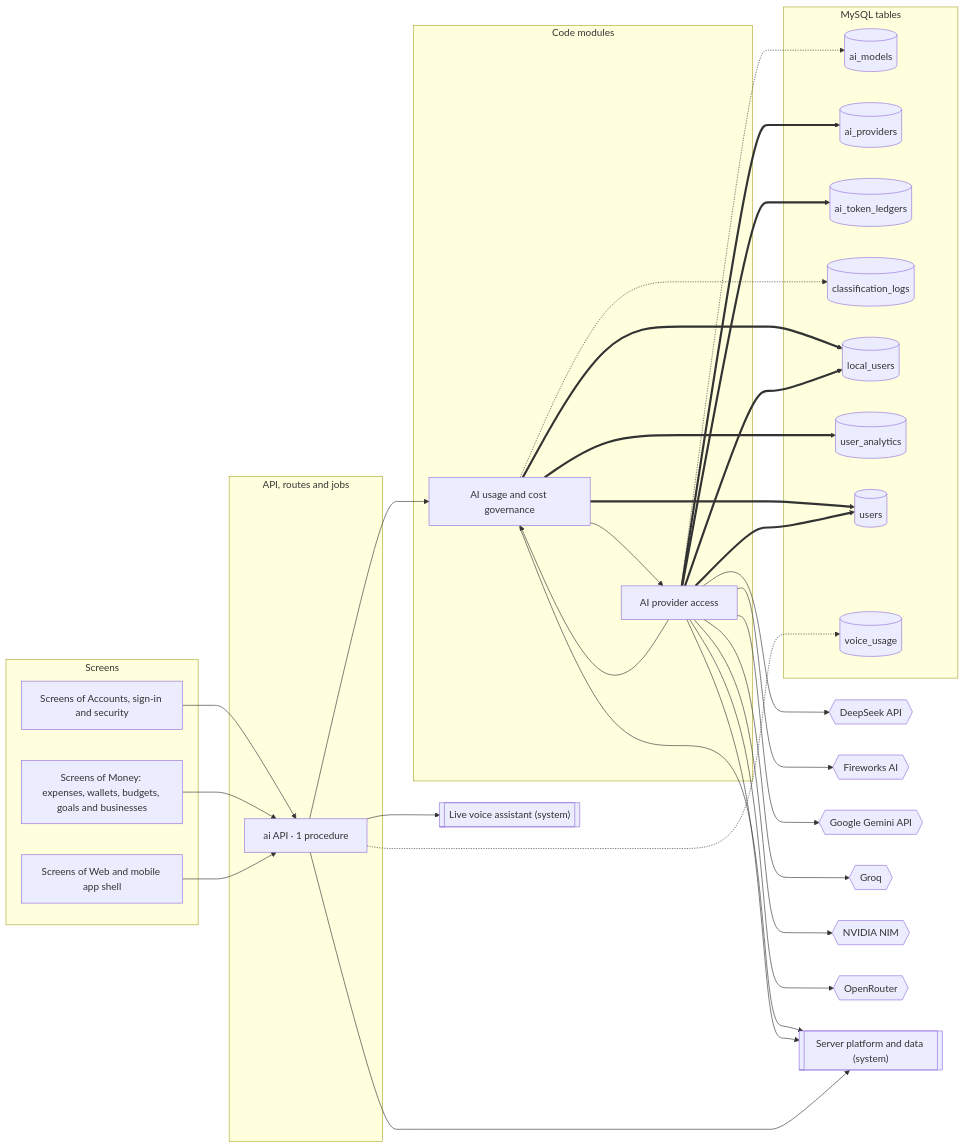
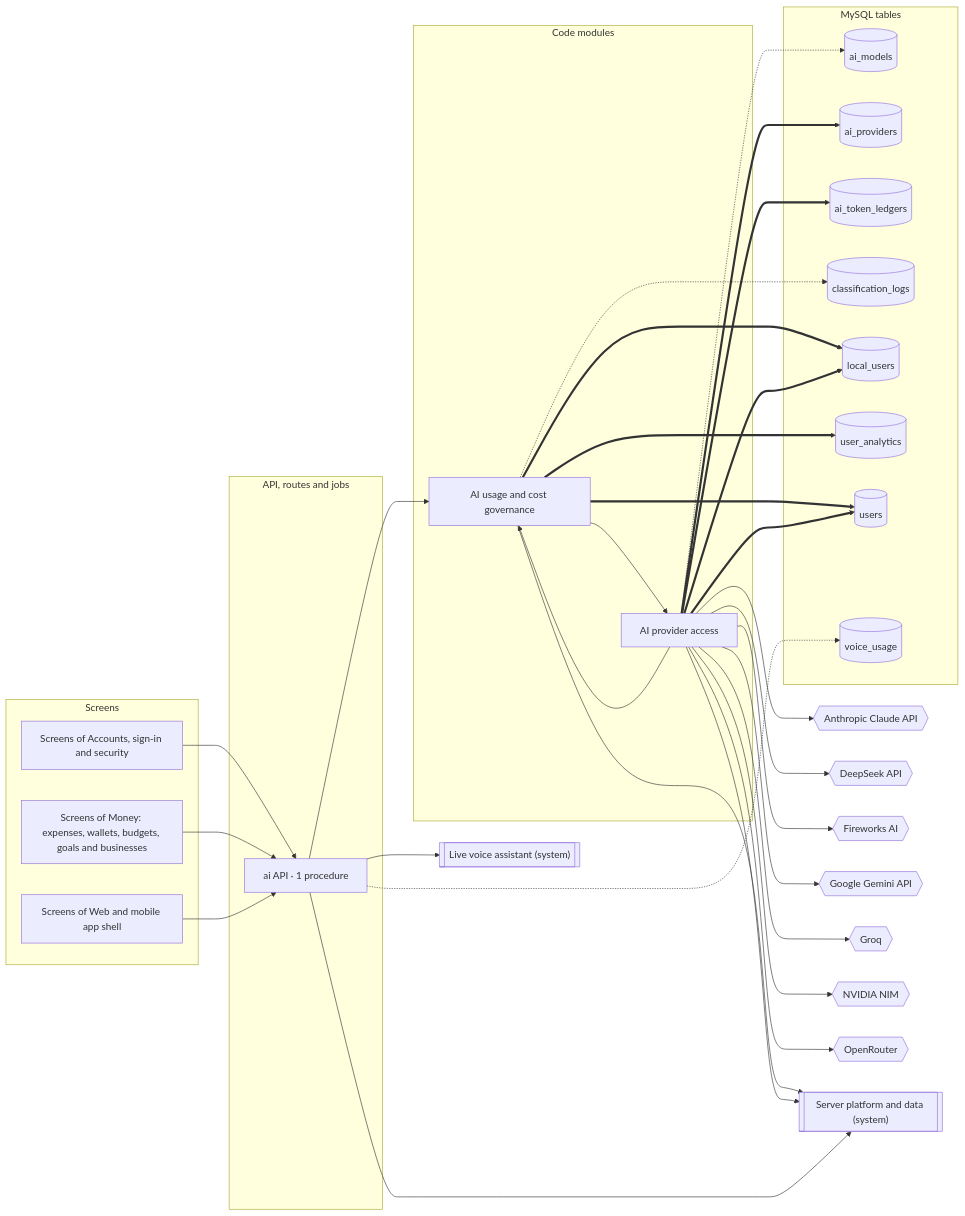
Before and after one commit to mahmoudtaherr111/smartspend_mini_all: the diagram in docs/atlas/systems/ai-platform.md, drawn with Mermaid. The commit also changed other lines of this file and 53 other files, not shown here.

````diff
--- a/docs/atlas/systems/ai-platform.md
+++ b/docs/atlas/systems/ai-platform.md
@@ -13,59 +13,61 @@
 ```mermaid
 flowchart LR
   subgraph g_screens["Screens"]
     screens_accounts["Screens of Accounts, sign-in and security"]
     screens_money["Screens of Money: expenses, wallets, budgets, goals and businesses"]
     screens_web_app["Screens of Web and mobile app shell"]
   end
   subgraph g_api["API, routes and jobs"]
     router_ai["ai API · 1 procedure"]
   end
   subgraph g_modules["Code modules"]
     mod_ai_governance["AI usage and cost governance"]
     mod_ai_providers["AI provider access"]
   end
   subgraph g_tables["MySQL tables"]
     tbl_ai_models[("ai_models")]
     tbl_ai_providers[("ai_providers")]
     tbl_ai_token_ledgers[("ai_token_ledgers")]
     tbl_classification_logs[("classification_logs")]
     tbl_local_users[("local_users")]
     tbl_user_analytics[("user_analytics")]
     tbl_users[("users")]
     tbl_voice_usage[("voice_usage")]
   end
+  ext_anthropic{{"Anthropic Claude API"}}
   ext_deepseek{{"DeepSeek API"}}
   ext_fireworks{{"Fireworks AI"}}
   ext_gemini{{"Google Gemini API"}}
   ext_groq{{"Groq"}}
   ext_nvidia{{"NVIDIA NIM"}}
   ext_openrouter{{"OpenRouter"}}
   sys_platform[["Server platform and data (system)"]]
   sys_voice_calls[["Live voice assistant (system)"]]
   mod_ai_governance --> mod_ai_providers
   mod_ai_governance --> sys_platform
   mod_ai_governance -.-> tbl_classification_logs
   mod_ai_governance ==> tbl_local_users
   mod_ai_governance ==> tbl_user_analytics
   mod_ai_governance ==> tbl_users
+  mod_ai_providers --> ext_anthropic
   mod_ai_providers --> ext_deepseek
   mod_ai_providers --> ext_fireworks
   mod_ai_providers --> ext_gemini
   mod_ai_providers --> ext_groq
   mod_ai_providers --> ext_nvidia
   mod_ai_providers --> ext_openrouter
   mod_ai_providers --> mod_ai_governance
   mod_ai_providers --> sys_platform
   mod_ai_providers -.-> tbl_ai_models
   mod_ai_providers ==> tbl_ai_providers
   mod_ai_providers ==> tbl_ai_token_ledgers
   mod_ai_providers ==> tbl_local_users
   mod_ai_providers ==> tbl_users
   router_ai --> mod_ai_governance
   router_ai --> sys_platform
   router_ai --> sys_voice_calls
   router_ai -.-> tbl_voice_usage
   screens_accounts --> router_ai
   screens_money --> router_ai
   screens_web_app --> router_ai
 ```
````
